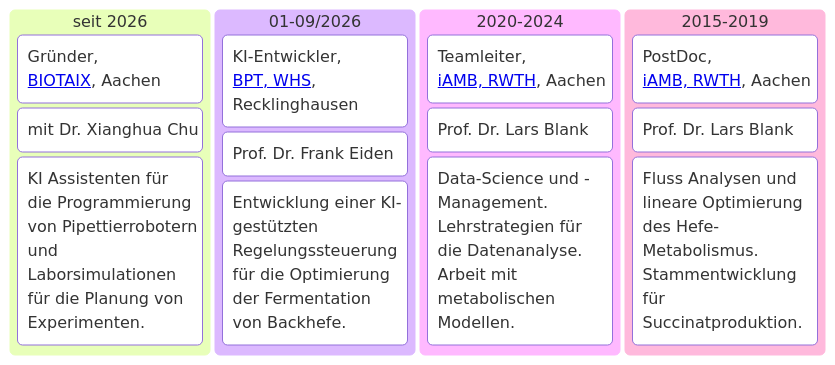
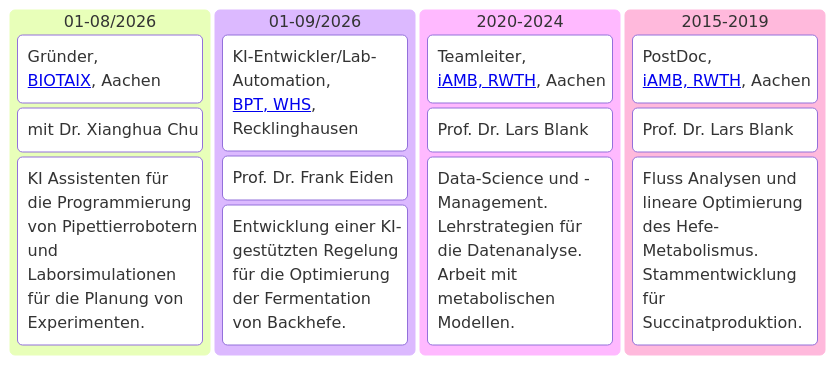
Before and after one commit to uliebal/uliebal.github.io: the first of 2 diagrams in _pages/vita.md, drawn with Mermaid. The commit also changed other lines of this file and 1 other file, not shown here.

Commit message:
add vita sport, musik poa

```diff
--- a/_pages/vita.md
+++ b/_pages/vita.md
@@ -116,19 +118,19 @@
 <pre class="mermaid">
 kanban
-    BIOTAIX["seit 2026"]
+    BIOTAIX["01-08/2026"]
         task1["Gründer,<br><a href="https://www.biotaix.com/">BIOTAIX</a>, Aachen"]
         task2["mit Dr. Xianghua Chu"]
         task3["KI Assistenten für die Programmierung von Pipettierrobotern und Laborsimulationen für die Planung von Experimenten."]
     WHS["01-09/2026"]
-        task1["KI-Entwickler,<br><a href="http://www.apz-rl.de/BioProzessTechnik/">BPT, WHS</a>, Recklinghausen"]
+        task1["KI-Entwickler/Lab-Automation,<br><a href="http://www.apz-rl.de/BioProzessTechnik/">BPT, WHS</a>, Recklinghausen"]
         task2["Prof. Dr. Frank Eiden"]
-        task3["Entwicklung einer KI-gestützten Regelungssteuerung für die Optimierung der Fermentation von Backhefe."]
+        task3["Entwicklung einer KI-gestützten Regelung für die Optimierung der Fermentation von Backhefe."]
     RWTH2["2020-2024"]
         task1["Teamleiter,<br><a href="https://www.iamb.rwth-aachen.de/">iAMB, RWTH</a>, Aachen"]
         task2["Prof. Dr. Lars Blank"]
         task3["Data-Science und -Management.<br>Lehrstrategien für die Datenanalyse.<br>Arbeit mit metabolischen Modellen."]
     RWTH1["2015-2019"]
         task1["PostDoc,<br><a href="https://www.iamb.rwth-aachen.de/">iAMB, RWTH</a>, Aachen"]
         task2["Prof. Dr. Lars Blank"]
         task3["Fluss Analysen und lineare Optimierung des Hefe-Metabolismus.<br>Stammentwicklung für Succinatproduktion."]
 </pre>
```
